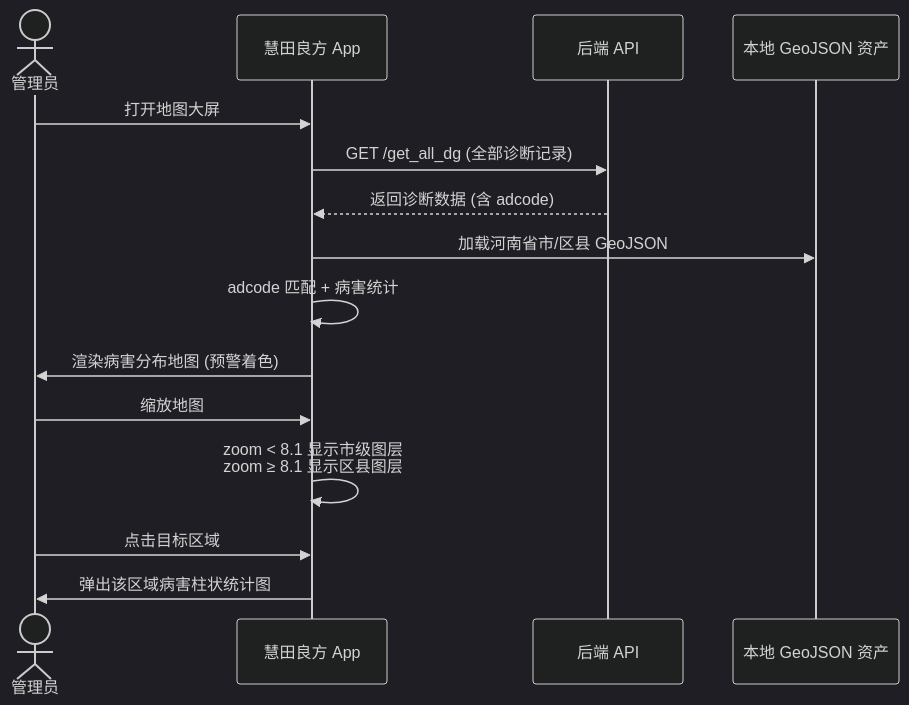
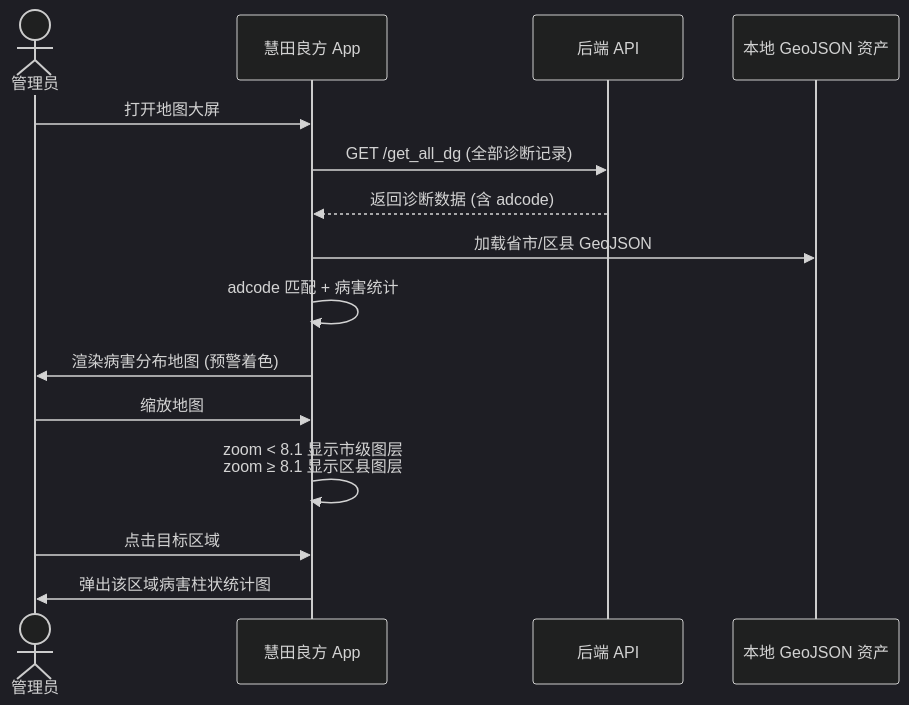
One commit to 42419/disease_flutter changed the third of 3 diagrams in README.md. Above: the diagram before and after it, drawn with Mermaid (dark theme). The commit also changed other lines of this file and 22 other files, not shown here.

Commit message:
feat: 省份地图切换、配置重构、诊断记录排序优化 - 新增省份配置系统(province_config.dart)，支持河南省/辽宁省一键切换 - 配置文件从utils/迁移至config/，类名ApiConfig重命名为Config - 管理员地图GeoJSON路径、中心坐标、缩放参数全部读取省份配置 - 诊断记录柱状图：柱宽32→20、标签双行布局、图表高度200→240 - 诊断记录排序修复：解析ISO8601/RFC1123为DateTime对象再排序 - 新增排序切换下拉菜单（最新在前/最早在前） - 用户默认头像从网络URL改为本地asset/avatar.jpg

````diff
--- a/README.md
+++ b/README.md
@@ -165,18 +169,17 @@
 ```mermaid
 sequenceDiagram
     actor 管理员
     participant App as 慧田良方 App
     participant Backend as 后端 API
     participant GeoJSON as 本地 GeoJSON 资产
-
-    管理员->>App: 打开地图大屏
-    App->>Backend: GET /get_all_dg (全部诊断记录)
-    Backend-->>App: 返回诊断数据 (含 adcode)
-    App->>GeoJSON: 加载河南省市/区县 GeoJSON
-    App->>App: adcode 匹配 + 病害统计
-    App->>管理员: 渲染病害分布地图 (预警着色)
-    管理员->>App: 缩放地图
-    App->>App: zoom < 8.1 显示市级图层<br/>zoom ≥ 8.1 显示区县图层
-    管理员->>App: 点击目标区域
-    App->>管理员: 弹出该区域病害柱状统计图
+    管理员 ->> App: 打开地图大屏
+    App ->> Backend: GET /get_all_dg (全部诊断记录)
+    Backend -->> App: 返回诊断数据 (含 adcode)
+    App ->> GeoJSON: 加载省市/区县 GeoJSON
+    App ->> App: adcode 匹配 + 病害统计
+    App ->> 管理员: 渲染病害分布地图 (预警着色)
+    管理员 ->> App: 缩放地图
+    App ->> App: zoom < 8.1 显示市级图层<br/>zoom ≥ 8.1 显示区县图层
+    管理员 ->> App: 点击目标区域
+    App ->> 管理员: 弹出该区域病害柱状统计图
 ```
````
